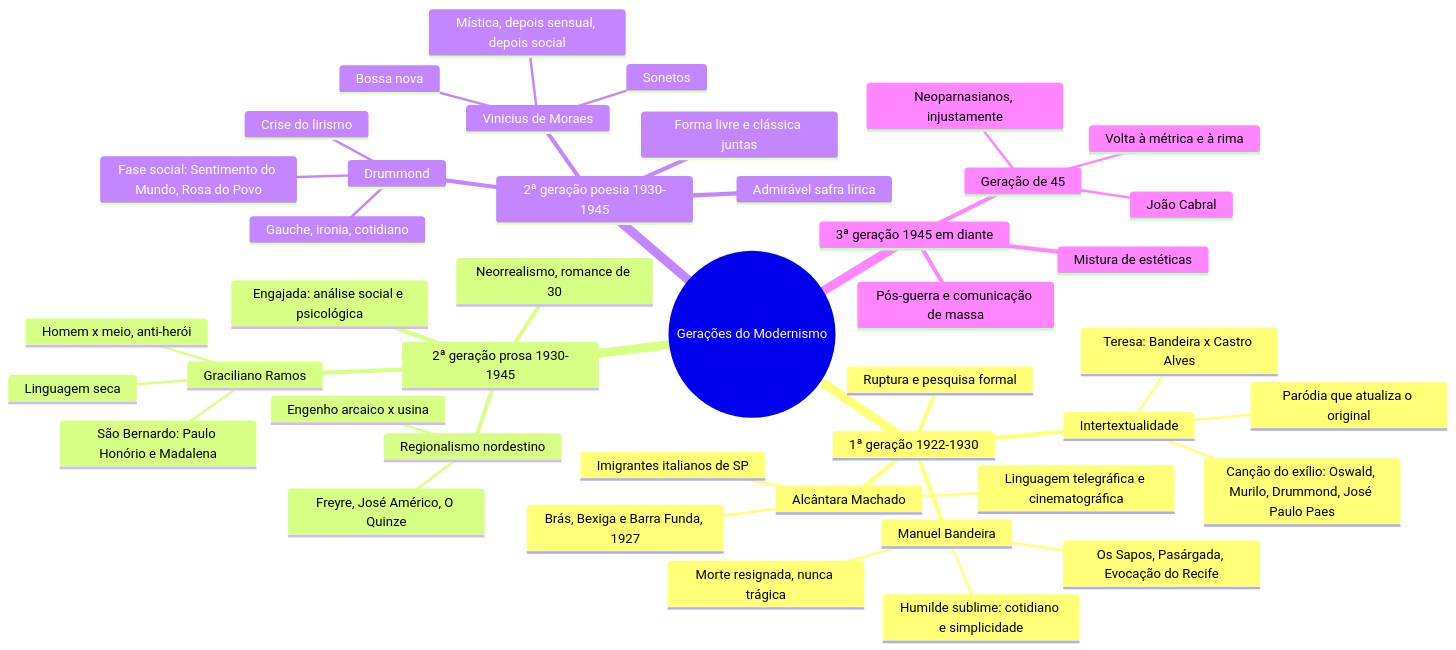
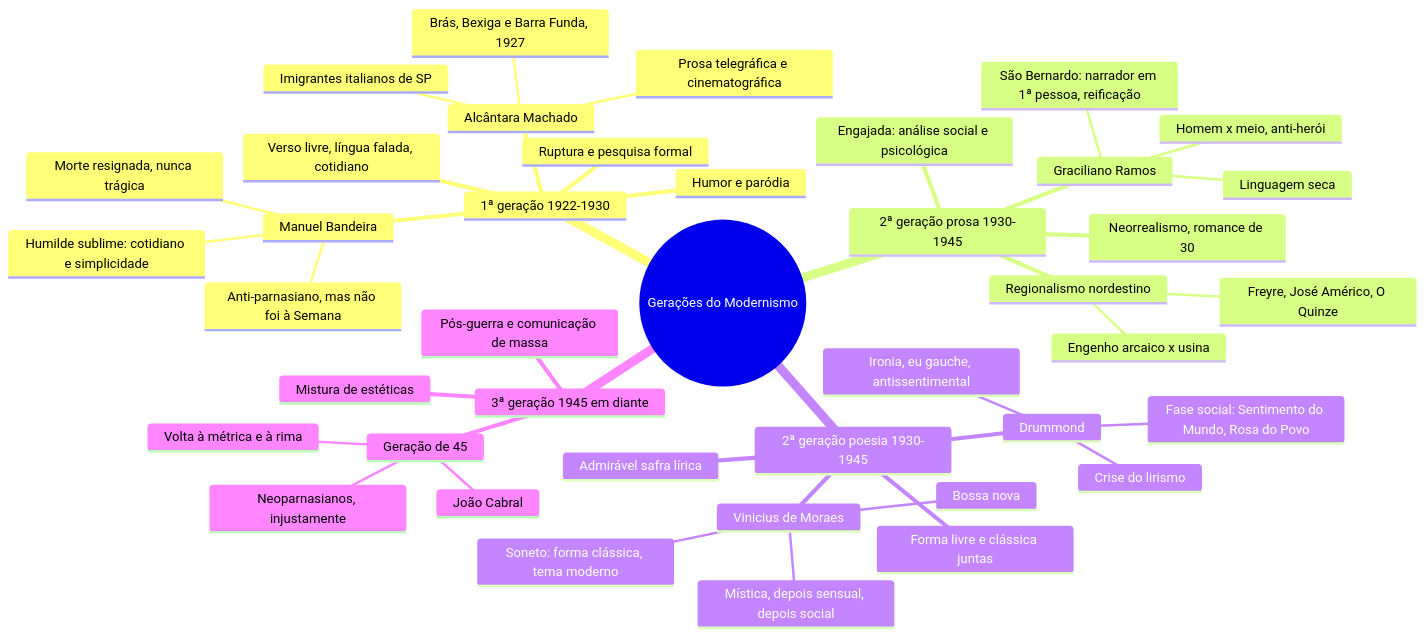
Before and after one commit to lauraprates2811-lang/Brain-Laurinha: the diagram in Projetos/Cursinho/literatura/geracoes-modernistas.md, drawn with Mermaid. The commit also changed other lines of this file and 3 other files, not shown here.

````diff
--- a/Projetos/Cursinho/literatura/geracoes-modernistas.md
+++ b/Projetos/Cursinho/literatura/geracoes-modernistas.md
@@ -14,46 +15,44 @@
 ```mermaid
 mindmap
   root((Gerações do Modernismo))
     1ª geração 1922-1930
       Ruptura e pesquisa formal
+      Verso livre, língua falada, cotidiano
+      Humor e paródia
       Manuel Bandeira
         Humilde sublime: cotidiano e simplicidade
         Morte resignada, nunca trágica
-        Os Sapos, Pasárgada, Evocação do Recife
+        Anti-parnasiano, mas não foi à Semana
       Alcântara Machado
-        Linguagem telegráfica e cinematográfica
+        Prosa telegráfica e cinematográfica
         Imigrantes italianos de SP
         Brás, Bexiga e Barra Funda, 1927
-      Intertextualidade
-        Paródia que atualiza o original
-        Canção do exílio: Oswald, Murilo, Drummond, José Paulo Paes
-        Teresa: Bandeira x Castro Alves
     2ª geração prosa 1930-1945
       Neorrealismo, romance de 30
       Engajada: análise social e psicológica
       Regionalismo nordestino
         Engenho arcaico x usina
         Freyre, José Américo, O Quinze
       Graciliano Ramos
         Homem x meio, anti-herói
         Linguagem seca
-        São Bernardo: Paulo Honório e Madalena
+        São Bernardo: narrador em 1ª pessoa, reificação
     2ª geração poesia 1930-1945
       Admirável safra lírica
       Forma livre e clássica juntas
       Drummond
         Crise do lirismo
-        Gauche, ironia, cotidiano
+        Ironia, eu gauche, antissentimental
         Fase social: Sentimento do Mundo, Rosa do Povo
       Vinicius de Moraes
         Mística, depois sensual, depois social
-        Sonetos
+        Soneto: forma clássica, tema moderno
         Bossa nova
     3ª geração 1945 em diante
       Pós-guerra e comunicação de massa
       Mistura de estéticas
       Geração de 45
         Volta à métrica e à rima
         Neoparnasianos, injustamente
         João Cabral
 ```
````
